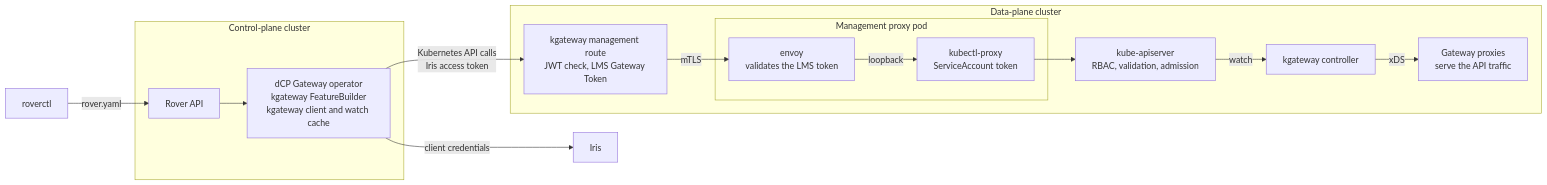
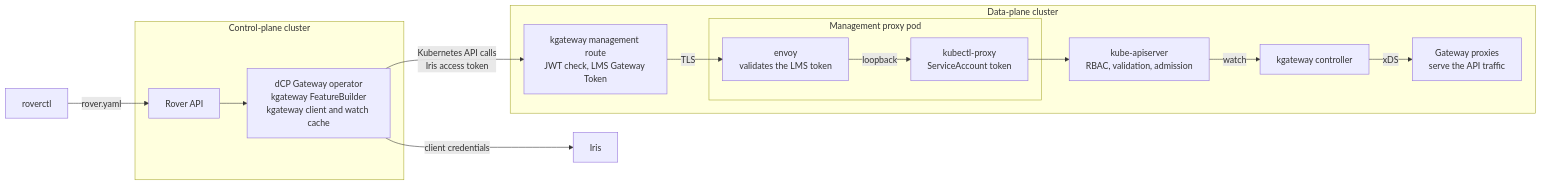
One commit to telekom/gateway changed the diagram in docs/developer/management-proxy.md. Above: the diagram before and after it, drawn with Mermaid. The commit also changed other lines of this file and 43 other files, not shown here.

````diff
--- a/docs/developer/management-proxy.md
+++ b/docs/developer/management-proxy.md
@@ -19,30 +20,30 @@
 ```mermaid
 flowchart LR
   rover["roverctl"]
 
   subgraph cp["Control-plane cluster"]
     api["Rover API"]
     op["dCP Gateway operator<br/>kgateway FeatureBuilder<br/>kgateway client and watch cache"]
   end
 
   iris["Iris"]
 
   subgraph dp["Data-plane cluster"]
     route["kgateway management route<br/>JWT check, LMS Gateway Token"]
     subgraph mp["Management proxy pod"]
       envoy["envoy<br/>validates the LMS token"]
       kp["kubectl-proxy<br/>ServiceAccount token"]
     end
     kube["kube-apiserver<br/>RBAC, validation, admission"]
     ctl["kgateway controller"]
     gw["Gateway proxies<br/>serve the API traffic"]
   end
 
   rover -->|"rover.yaml"| api --> op
   op -->|"client credentials"| iris
   op -->|"Kubernetes API calls<br/>Iris access token"| route
-  route -->|"mTLS"| envoy
+  route -->|"TLS"| envoy
   envoy -->|"loopback"| kp --> kube
   kube -->|"watch"| ctl
   ctl -->|"xDS"| gw
 ```
````
